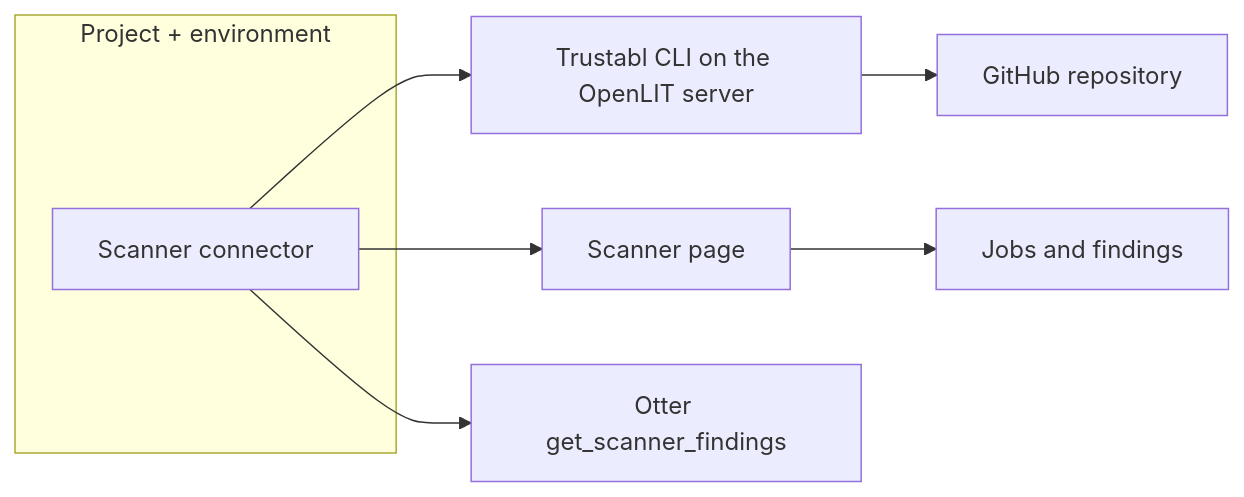
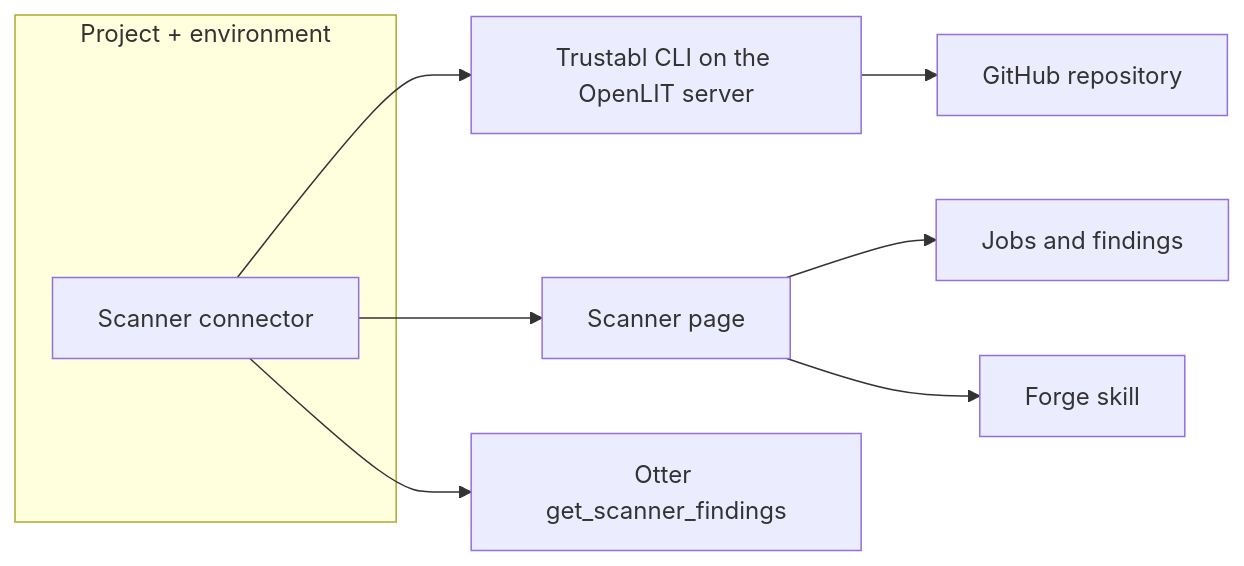
One commit to openlit/openlit changed the diagram in docs/latest/openlit/connectors/scanner.mdx. Above: the diagram before and after it, drawn with Mermaid. The commit also changed other lines of this file and 9 other files, not shown here.

````diff
--- a/docs/latest/openlit/connectors/scanner.mdx
+++ b/docs/latest/openlit/connectors/scanner.mdx
@@ -18,11 +18,12 @@
 ```mermaid
 flowchart LR
   subgraph proj [Project + environment]
     SC[Scanner connector]
   end
   SC --> CLI[Trustabl CLI on the OpenLIT server]
   CLI --> GH[GitHub repository]
   SC --> ScanPage[Scanner page]
   SC --> Otter[Otter get_scanner_findings]
   ScanPage --> Jobs[Jobs and findings]
+  ScanPage --> Skill[Forge skill]
 ```
````
